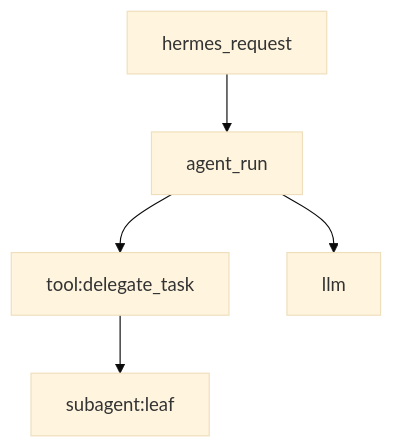
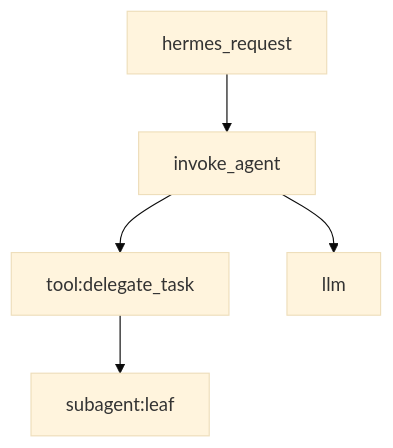
The fifth of 5 diagrams in docs/en/architecture.md (GuanceCloud/hermes-otel-plugin), drawn with Mermaid (base theme) before and after one commit. The commit also changed other lines of this file and 23 other files, not shown here.

````diff
--- a/docs/en/architecture.md
+++ b/docs/en/architecture.md
@@ -117,8 +117,8 @@
 ```mermaid
 flowchart TD
     A[hermes_request]
-    A --> B[agent_run]
+    A --> B[invoke_agent]
     B --> C[tool:delegate_task]
     C --> D[subagent:leaf]
     B --> E[llm]
 ```
````
